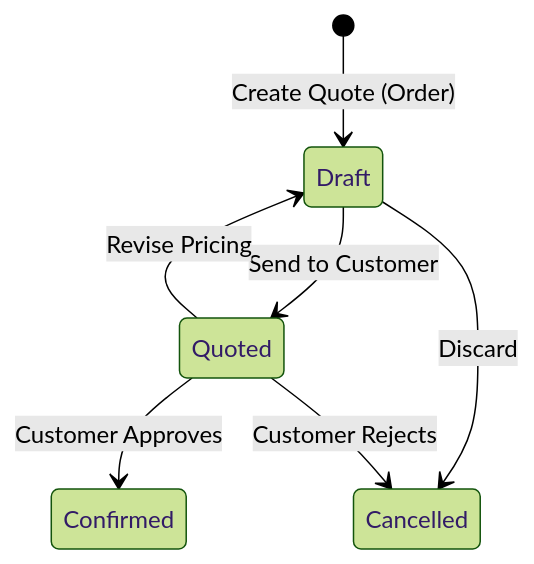
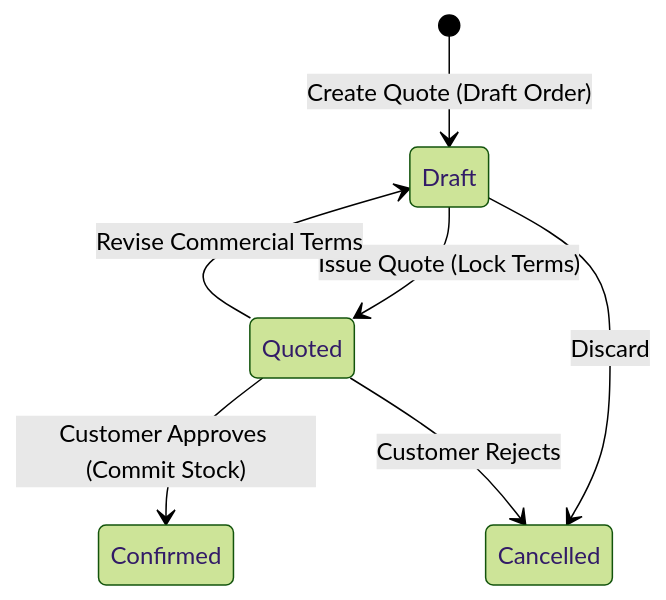
One commit to herobmdotcom/herobm changed the diagram in docs/user/sales_quotes.md. Above: the diagram before and after it, drawn with Mermaid (forest theme). The commit also changed other lines of this file and 168 other files, not shown here.

````diff
--- a/docs/user/sales_quotes.md
+++ b/docs/user/sales_quotes.md
@@ -39,10 +41,10 @@
 ```mermaid
 stateDiagram-v2
-    [*] --> Draft : Create Quote (Order)
-    Draft --> Quoted : Send to Customer
+    [*] --> Draft : Create Quote (Draft Order)
+    Draft --> Quoted : Issue Quote (Lock Terms)
     Draft --> Cancelled : Discard
 
-    Quoted --> Confirmed : Customer Approves
-    Quoted --> Draft : Revise Pricing
+    Quoted --> Confirmed : Customer Approves (Commit Stock)
+    Quoted --> Draft : Revise Commercial Terms
     Quoted --> Cancelled : Customer Rejects
 ```
````
